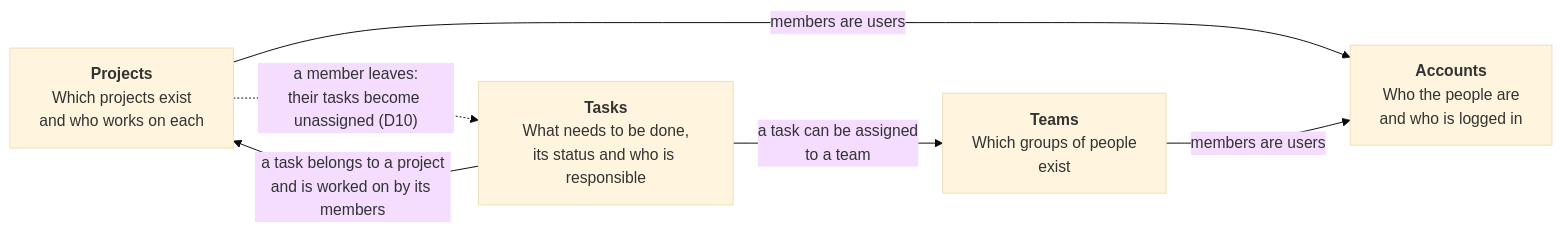
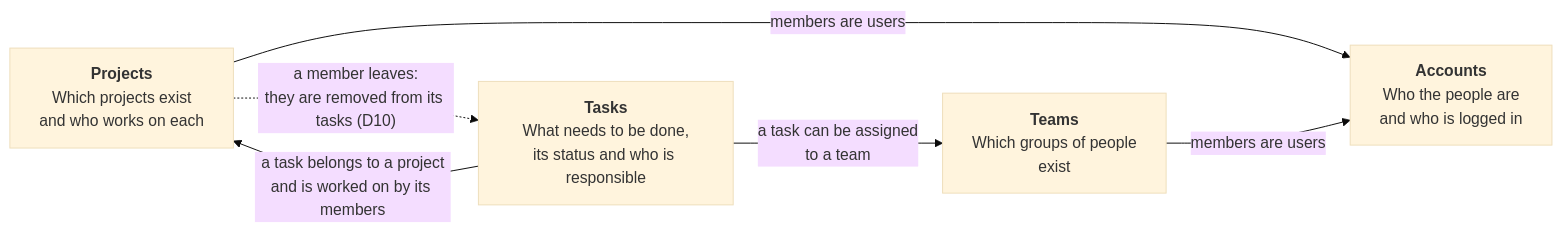
One commit to vitorhsbarros/matriz changed the first of 3 diagrams in docs/architecture/02-domain-model.md. Above: the diagram before and after it, drawn with Mermaid (base theme). The commit also changed other lines of this file and 14 other files, not shown here.

````diff
--- a/docs/architecture/02-domain-model.md
+++ b/docs/architecture/02-domain-model.md
@@ -35,13 +39,13 @@
 ```mermaid
 flowchart LR
     acc["<b>Accounts</b><br/>Who the people are<br/>and who is logged in"]
     prj["<b>Projects</b><br/>Which projects exist<br/>and who works on each"]
     tms["<b>Teams</b><br/>Which groups of people<br/>exist"]
     tsk["<b>Tasks</b><br/>What needs to be done,<br/>its status and who is responsible"]
 
     prj -- "members are users" --> acc
     tms -- "members are users" --> acc
     tsk -- "a task belongs to a project<br/>and is worked on by its members" --> prj
     tsk -- "a task can be assigned<br/>to a team" --> tms
-    prj -. "a member leaves:<br/>their tasks become unassigned (D10)" .-> tsk
+    prj -. "a member leaves:<br/>they are removed from its tasks (D10)" .-> tsk
 ```
````
